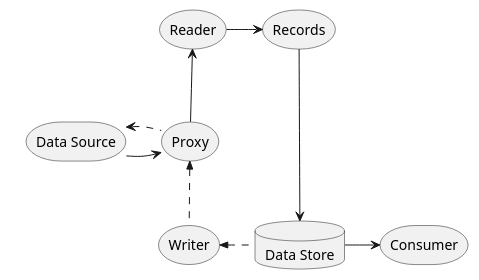
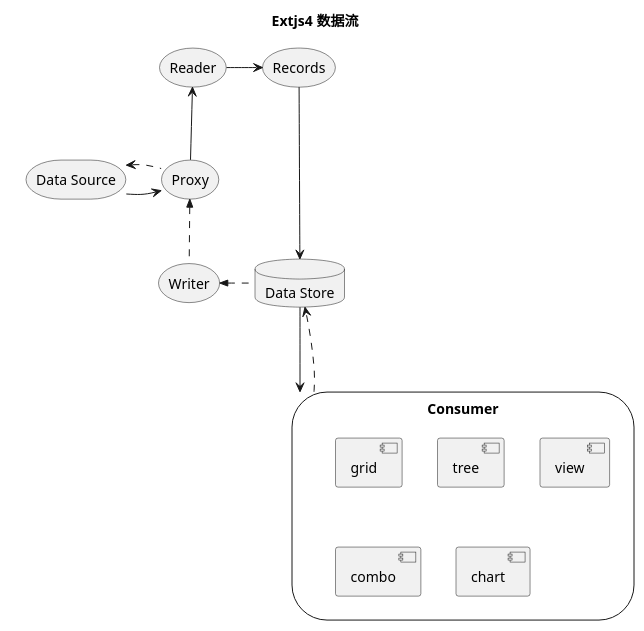
Before and after one commit to huanle0610/Samantabhadra: the diagram in extjs4/data_flow_ugly_syntax.puml, drawn with PlantUML. The commit also changed 4 other files, not shown here.

```diff
--- a/extjs4/data_flow_ugly_syntax.puml
+++ b/extjs4/data_flow_ugly_syntax.puml
@@ -1,32 +1,41 @@
 @startuml
-
+title Extjs4 数据流
 skinparam package<<Layout>> {
   borderColor Transparent
   backgroundColor Transparent
   fontColor Transparent
   stereotypeFontColor Transparent
 }
 skinparam shadowing false
 
 package foo <<Layout>> {
     storage "Data Source" as DS
     storage "Proxy" as P
 }
 storage "Reader" as R
 storage "Writer" as W
 storage "Records" as Rs
-storage Consumer
+
+
+storage Consumer {
+    component grid
+    component tree
+    component view
+    component combo
+    component chart
+}
 
 database "Data Store" as Store
 
 
 DS -r-> P
 P .l.> DS
 P -u-> R
 W .u.>> P
 R -> Rs
 
 Rs -d-> Store
 Store .l.>> W
-Store -> Consumer
+Store ---> Consumer
+Consumer ..> Store
 @enduml
```
